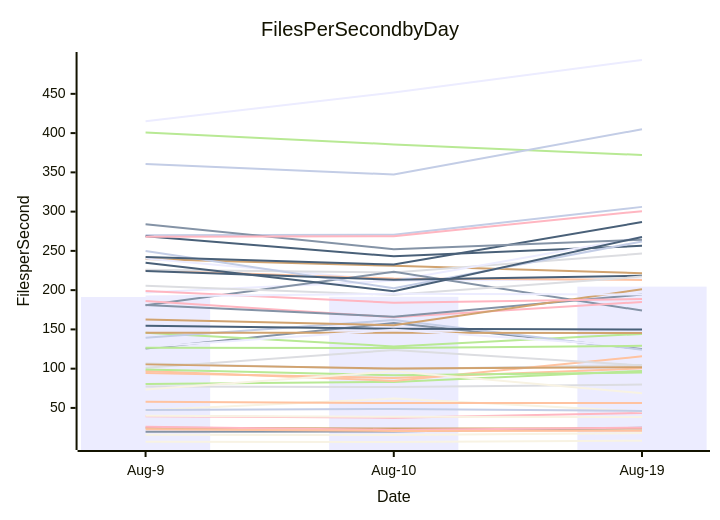
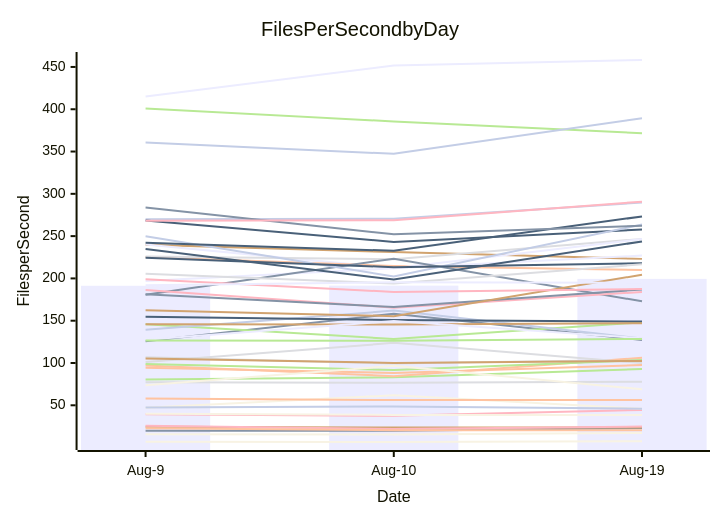
The diagram in perf-report.md (streetsidesoftware/cspell), drawn with Mermaid before and after one commit. The commit also changed other lines of this file and 2 other files, not shown here.

````diff
--- a/perf-report.md
+++ b/perf-report.md
@@ -11,57 +11,57 @@
 ```mermaid
 xychart-beta
     title Files Per Second by Day
     y-axis Files per Second
     x-axis Date [Aug-9, Aug-10, Aug-19]
-    bar [191.27, 191.48, 204.45]
-    line [19.76, 19.87, 24.78]
-    line [94.45, 88.13, 100.40]
-    line [106.66, 99.38, 104.52]
-    line [80.61, 83.15, 97.15]
-    line [239.79, 231.09, 221.57]
-    line [269.81, 270.47, 306.05]
-    line [39.52, 37.52, 43.48]
-    line [268.54, 243.09, 256.41]
-    line [6.78, 6.60, 8.19]
-    line [240.17, 211.99, 213.85]
-    line [125.68, 158.27, 125.09]
-    line [225.24, 214.74, 213.06]
-    line [225.91, 222.58, 246.55]
-    line [145.75, 128.32, 144.27]
-    line [24.65, 23.72, 23.86]
-    line [139.45, 161.93, 124.06]
-    line [25.95, 22.03, 24.88]
-    line [154.75, 150.93, 149.92]
-    line [15.80, 15.53, 18.04]
-    line [196.97, 211.99, 267.68]
-    line [180.75, 223.35, 173.93]
-    line [96.93, 84.41, 115.72]
-    line [77.16, 76.75, 79.80]
-    line [400.74, 385.62, 372.08]
-    line [145.79, 145.58, 145.29]
-    line [249.96, 202.34, 261.96]
-    line [186.27, 165.43, 184.98]
-    line [224.37, 213.27, 218.26]
-    line [47.00, 61.84, 45.42]
-    line [127.47, 149.55, 128.08]
-    line [181.18, 166.12, 194.34]
-    line [57.90, 56.15, 56.22]
-    line [101.07, 123.80, 104.09]
-    line [98.84, 91.76, 95.12]
-    line [162.48, 155.40, 201.24]
-    line [360.76, 347.31, 404.89]
-    line [198.91, 184.05, 188.64]
-    line [242.10, 232.62, 286.76]
-    line [73.60, 96.61, 68.77]
-    line [415.14, 451.69, 493.10]
-    line [283.77, 252.09, 264.33]
-    line [22.84, 20.59, 21.08]
-    line [205.56, 193.98, 217.22]
-    line [126.64, 126.17, 129.06]
-    line [105.46, 100.11, 101.89]
-    line [47.26, 48.66, 46.23]
-    line [268.09, 268.70, 300.56]
-    line [234.76, 198.61, 267.74]
-    line [39.98, 38.63, 38.36]
-    line [192.03, 195.48, 194.42]
+    bar [191.27, 191.48, 199.45]
+    line [19.76, 19.87, 23.15]
+    line [94.45, 88.13, 97.66]
+    line [106.66, 99.38, 103.80]
+    line [80.61, 83.15, 92.81]
+    line [239.79, 231.09, 223.10]
+    line [269.81, 270.47, 289.77]
+    line [39.52, 37.52, 44.46]
+    line [268.54, 243.09, 257.77]
+    line [6.78, 6.60, 7.51]
+    line [240.17, 211.99, 227.00]
+    line [125.68, 158.27, 127.25]
+    line [225.24, 214.74, 210.02]
+    line [225.91, 222.58, 246.74]
+    line [145.75, 128.32, 148.05]
+    line [24.65, 23.72, 23.68]
+    line [139.45, 161.93, 128.87]
+    line [25.95, 22.03, 24.86]
+    line [154.75, 150.93, 149.02]
+    line [15.80, 15.53, 17.25]
+    line [196.97, 211.99, 246.59]
+    line [180.75, 223.35, 172.94]
+    line [96.93, 84.41, 106.12]
+    line [77.16, 76.75, 77.91]
+    line [400.74, 385.62, 371.65]
+    line [145.79, 145.58, 147.10]
+    line [249.96, 202.34, 263.67]
+    line [186.27, 165.43, 184.07]
+    line [224.37, 213.27, 217.89]
+    line [47.00, 61.84, 45.89]
+    line [127.47, 149.55, 129.16]
+    line [181.18, 166.12, 186.93]
+    line [57.90, 56.15, 56.35]
+    line [101.07, 123.80, 99.87]
+    line [98.84, 91.76, 103.43]
+    line [162.48, 155.40, 204.32]
+    line [360.76, 347.31, 389.41]
+    line [198.91, 184.05, 187.41]
+    line [242.10, 232.62, 273.32]
+    line [73.60, 96.61, 68.89]
+    line [415.14, 451.69, 458.22]
+    line [283.77, 252.09, 262.36]
+    line [22.84, 20.59, 20.47]
+    line [205.56, 193.98, 216.67]
+    line [126.64, 126.17, 128.45]
+    line [105.46, 100.11, 102.43]
+    line [47.26, 48.66, 46.00]
+    line [268.09, 268.70, 290.78]
+    line [234.76, 198.61, 243.75]
+    line [39.98, 38.63, 38.64]
+    line [192.03, 195.48, 194.87]
 ```
````
